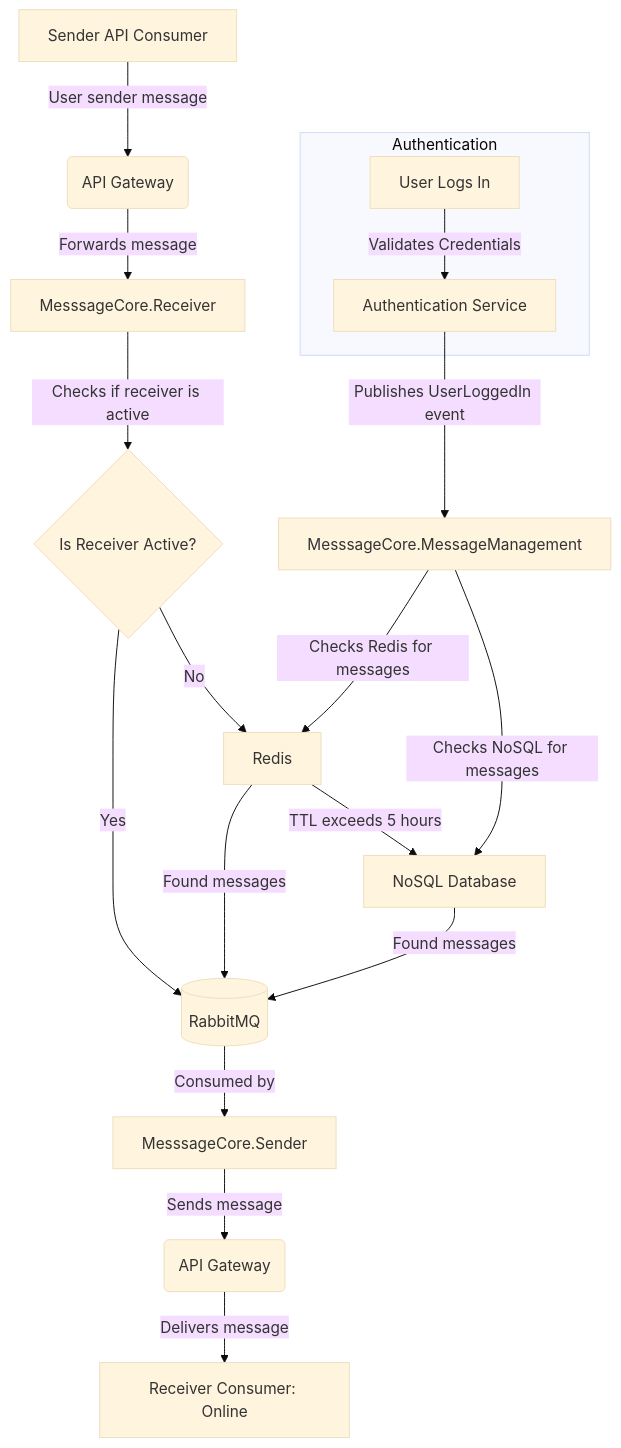
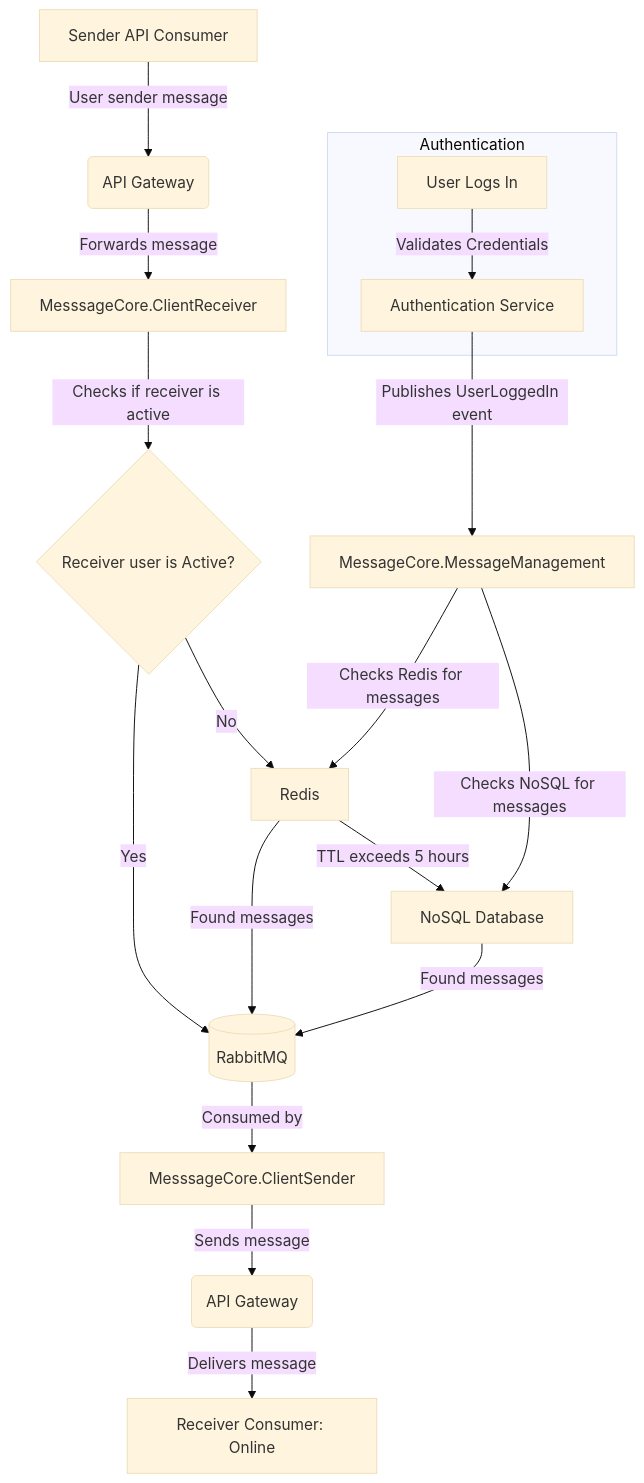
Before and after one commit to Klik-Bait/Klik-Core: the diagram in README.md, drawn with Mermaid (base theme). The commit also changed 37 other files, not shown here.

Commit message:
Publish and consume message sent from client

````diff
--- a/README.md
+++ b/README.md
@@ -10,23 +10,23 @@
 ```mermaid
 graph TD
     A[Sender API Consumer] -->|User sender message| B(API Gateway)
-    B -->|Forwards message| C[MesssageCore.Receiver]
-    C -->|Checks if receiver is active| X{Is Receiver Active?}
+    B -->|Forwards message| C[MesssageCore.ClientReceiver]
+    C -->|Checks if receiver is active| X{Receiver user is Active?}
     X -->|Yes| D[(RabbitMQ)]
     X -->|No| R[Redis]
     R -->|TTL exceeds 5 hours| N[NoSQL Database]
 
     subgraph Authentication
         H[User Logs In] -->|Validates Credentials| AS[Authentication Service]
     end
 
-    AS -->|Publishes UserLoggedIn event| MM[MesssageCore.MessageManagement]
+    AS -->|Publishes UserLoggedIn event| MM[MessageCore.MessageManagement]
     MM -->|Checks Redis for messages| R
     MM -->|Checks NoSQL for messages| N
     R -->|Found messages| D
     N -->|Found messages| D
-    D -->|Consumed by| E[MesssageCore.Sender]
+    D -->|Consumed by| E[MesssageCore.ClientSender]
     E -->|Sends message| F(API Gateway)
     F -->|Delivers message| G[Receiver Consumer: Online]
 
 ```
````
